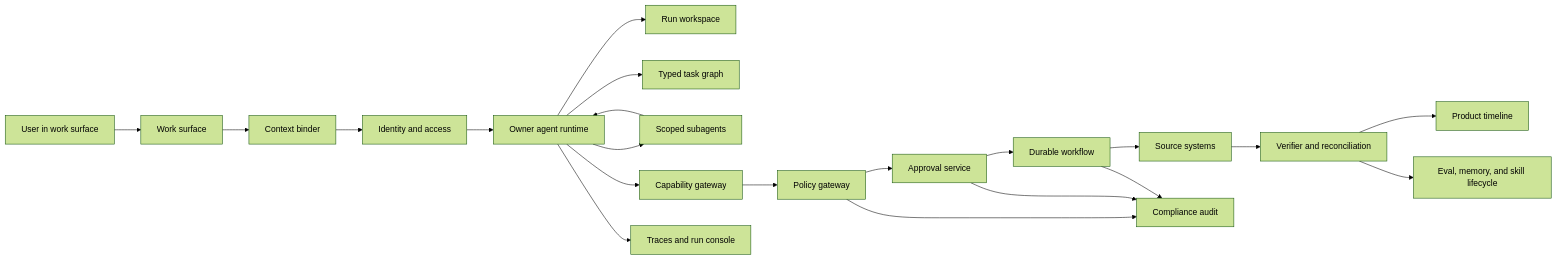
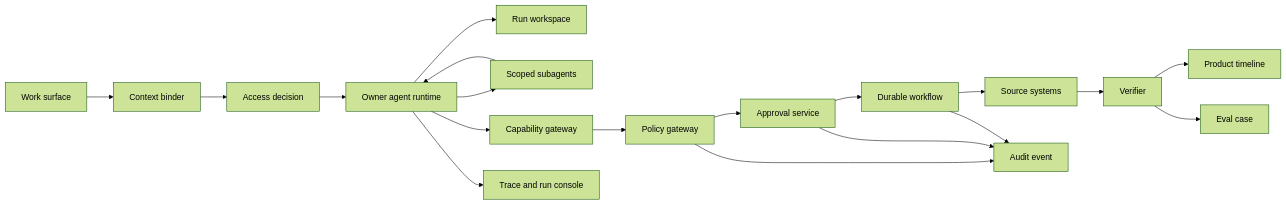
One commit to capableguptadotcom/agents-wiki changed the first of 3 diagrams in wiki/deep-agent-application-architecture.qmd. Above: the diagram before and after it, drawn with Mermaid (forest theme). The commit also changed other lines of this file, not shown here.

Commit message:
Tighten deep agent architecture context

````diff
--- a/wiki/deep-agent-application-architecture.qmd
+++ b/wiki/deep-agent-application-architecture.qmd
@@ -52,23 +40,21 @@
 ```{mermaid}
 flowchart LR
-  User["User in work surface"] --> Surface["Work surface"]
-  Surface --> Binder["Context binder"]
-  Binder --> Authority["Identity and access"]
-  Authority --> Runtime["Owner agent runtime"]
+  Surface["Work surface"] --> Binder["Context binder"]
+  Binder --> Access["Access decision"]
+  Access --> Runtime["Owner agent runtime"]
   Runtime --> Workspace["Run workspace"]
-  Runtime --> Planner["Typed task graph"]
   Runtime --> Specialists["Scoped subagents"]
   Specialists --> Runtime
   Runtime --> Gateway["Capability gateway"]
   Gateway --> Policy["Policy gateway"]
   Policy --> Approval["Approval service"]
   Approval --> Workflow["Durable workflow"]
   Workflow --> Source["Source systems"]
-  Source --> Verify["Verifier and reconciliation"]
+  Source --> Verify["Verifier"]
   Verify --> Timeline["Product timeline"]
-  Verify --> Learning["Eval, memory, and skill lifecycle"]
-  Runtime --> Observability["Traces and run console"]
-  Policy --> Audit["Compliance audit"]
+  Verify --> Eval["Eval case"]
+  Runtime --> Trace["Trace and run console"]
+  Policy --> Audit["Audit event"]
   Approval --> Audit
   Workflow --> Audit
 ```
````
